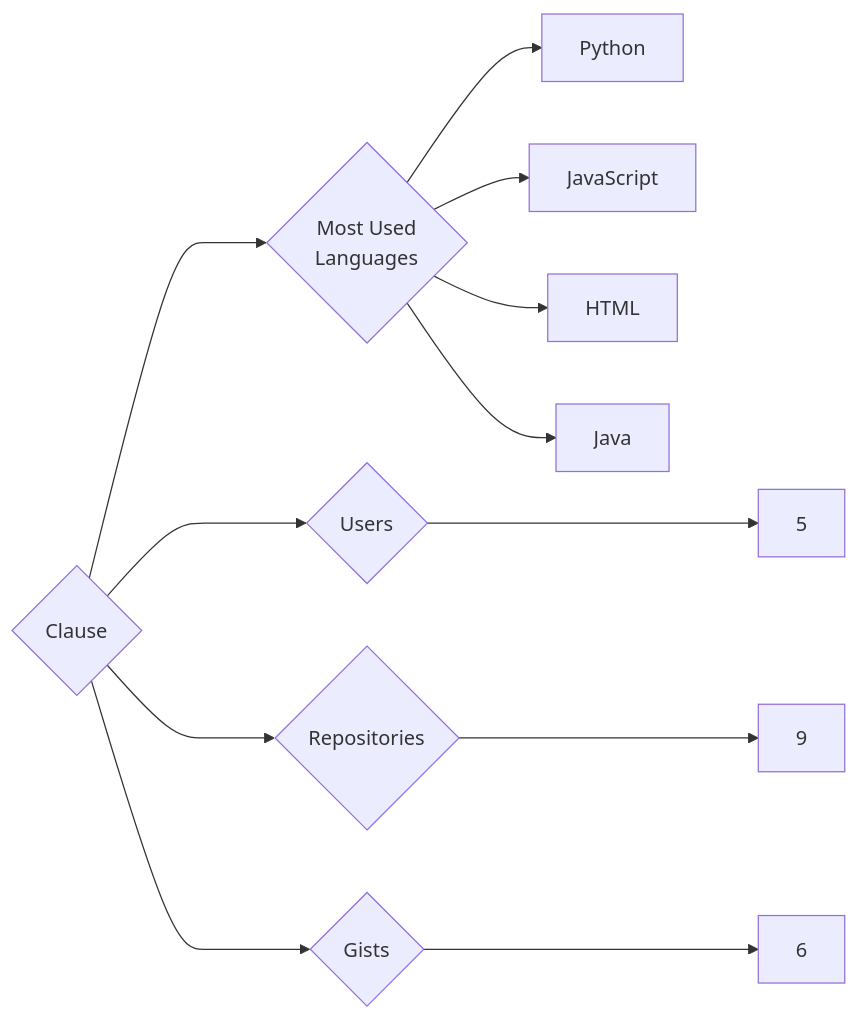
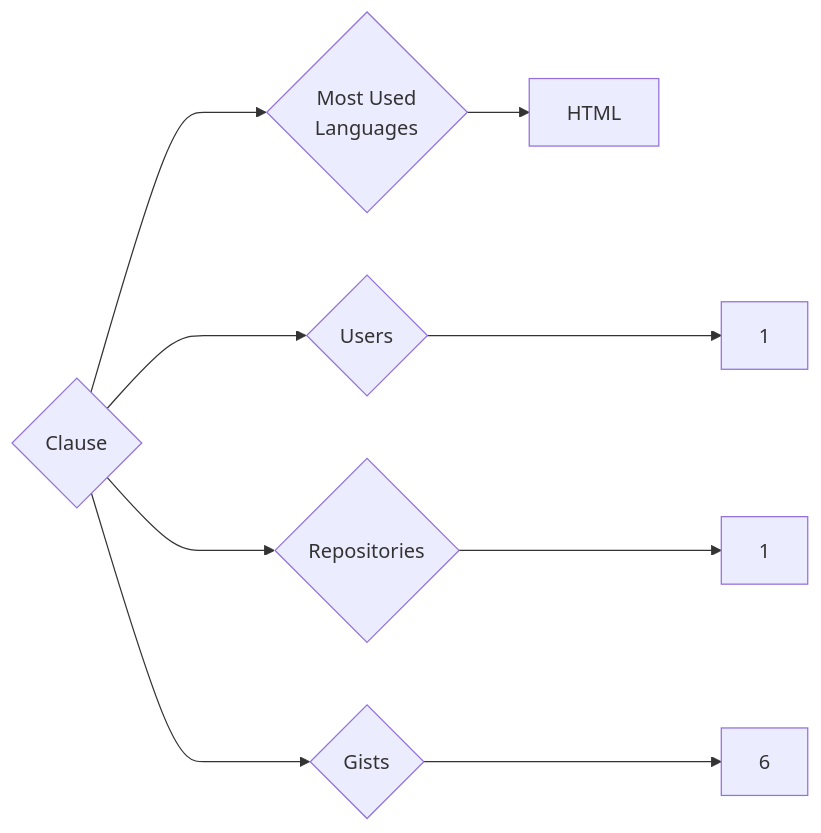
The diagram in targets/Clause/README.md (trickest/insiders), drawn with Mermaid before and after one commit. The commit also changed 865 other files, not shown here.

````diff
--- a/targets/Clause/README.md
+++ b/targets/Clause/README.md
@@ -3,12 +3,9 @@
 ```mermaid
 graph LR
 COMPANY_NAME{Clause}
-COMPANY_NAME ---> U{Users} ---> UN[5]
-COMPANY_NAME ---> R{Repositories} ---> RN[9]
+COMPANY_NAME ---> U{Users} ---> UN[1]
+COMPANY_NAME ---> R{Repositories} ---> RN[1]
 COMPANY_NAME ---> G{Gists} ---> GN[6]
 COMPANY_NAME ---> ML{Most Used<br>Languages}
-ML --> Python[Python]
-ML --> JavaScript[JavaScript]
 ML --> HTML[HTML]
-ML --> Java[Java]
 ```
````
